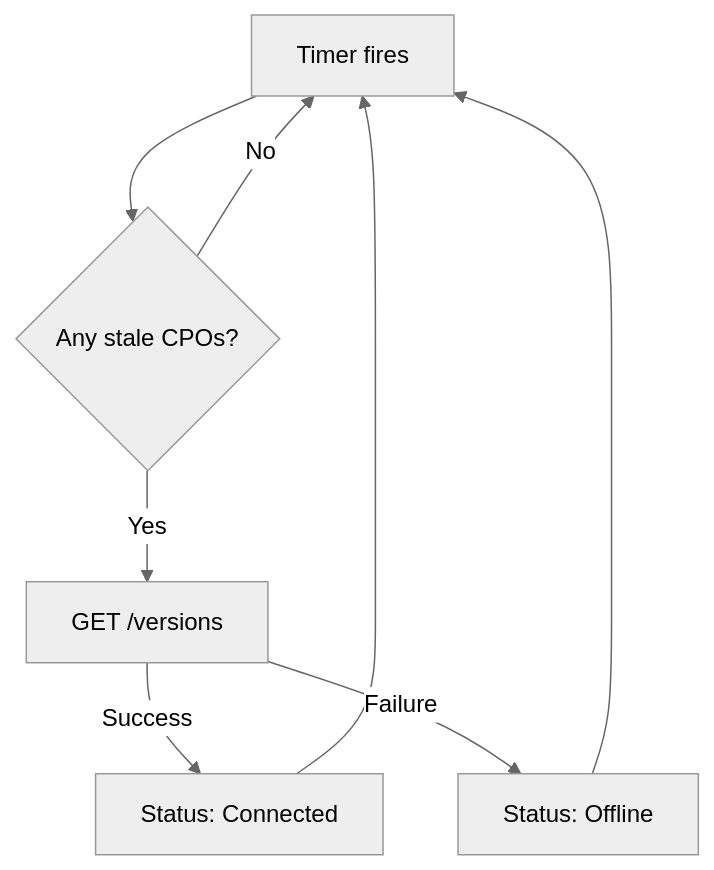
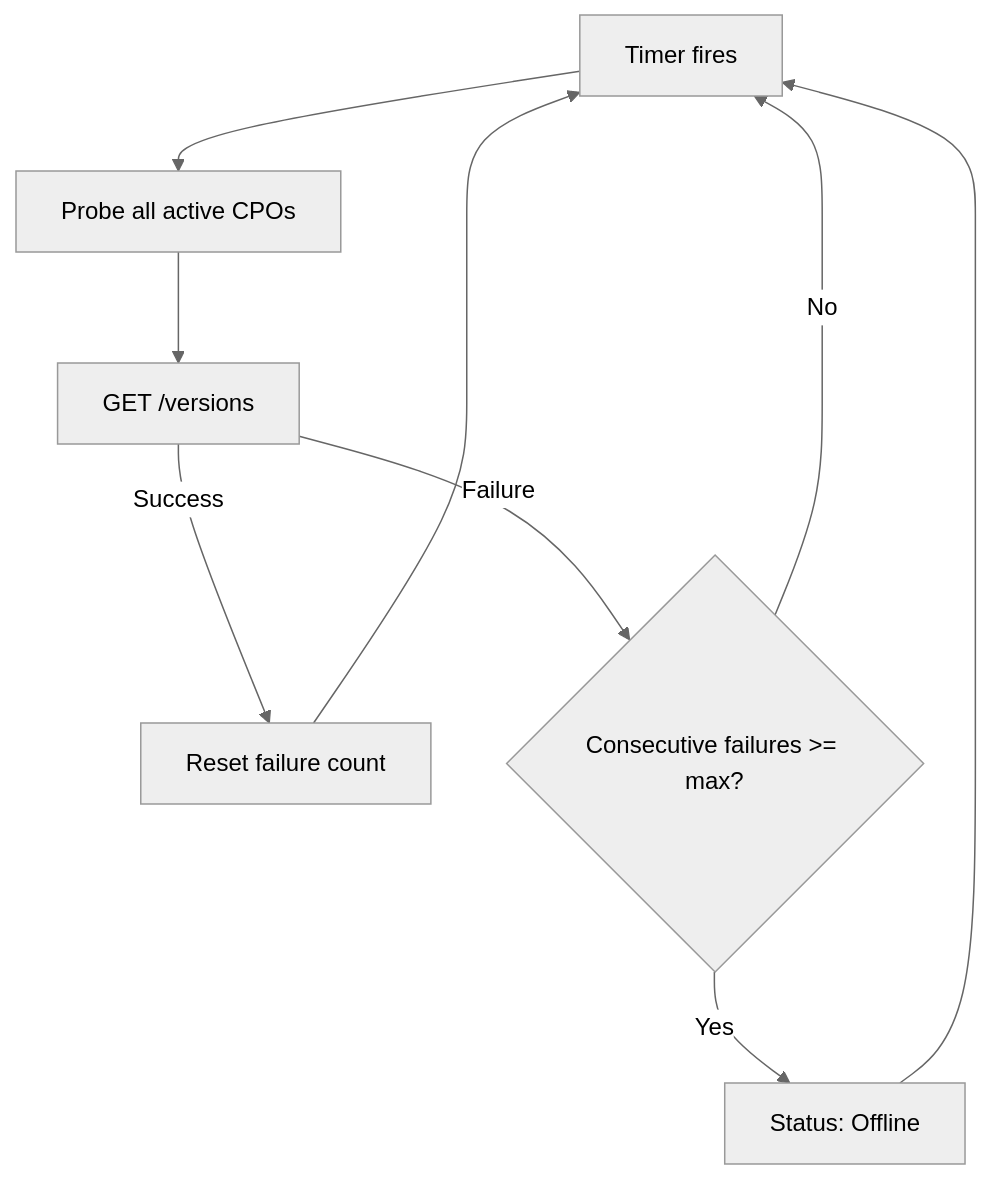
One commit to hannan-m/DotOcpi changed the diagram in docs/site/advanced/health-checks.md. Above: the diagram before and after it, drawn with Mermaid (neutral theme). The commit also changed other lines of this file and 30 other files, not shown here.

````diff
--- a/docs/site/advanced/health-checks.md
+++ b/docs/site/advanced/health-checks.md
@@ -100,10 +100,11 @@
 ```mermaid
 flowchart TD
-    A[Timer fires] --> B{Any stale CPOs?}
-    B -->|No| A
-    B -->|Yes| C[GET /versions]
-    C -->|Success| D[Status: Connected]
-    C -->|Failure| E[Status: Offline]
+    A[Timer fires] --> B[Probe all active CPOs]
+    B --> C[GET /versions]
+    C -->|Success| D[Reset failure count]
+    C -->|Failure| E{Consecutive failures >= max?}
+    E -->|No| A
+    E -->|Yes| F[Status: Offline]
     D --> A
-    E --> A
+    F --> A
 ```
````
